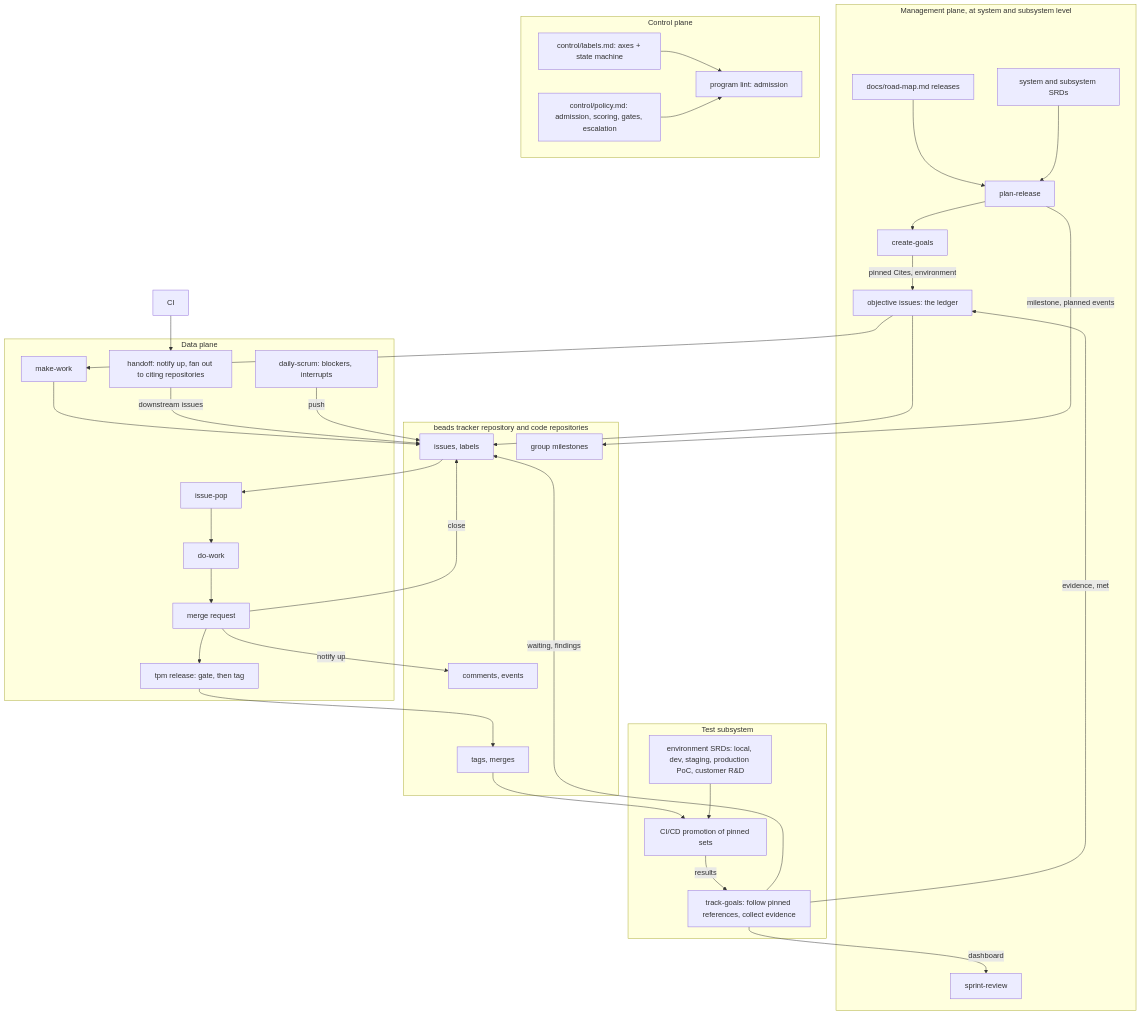
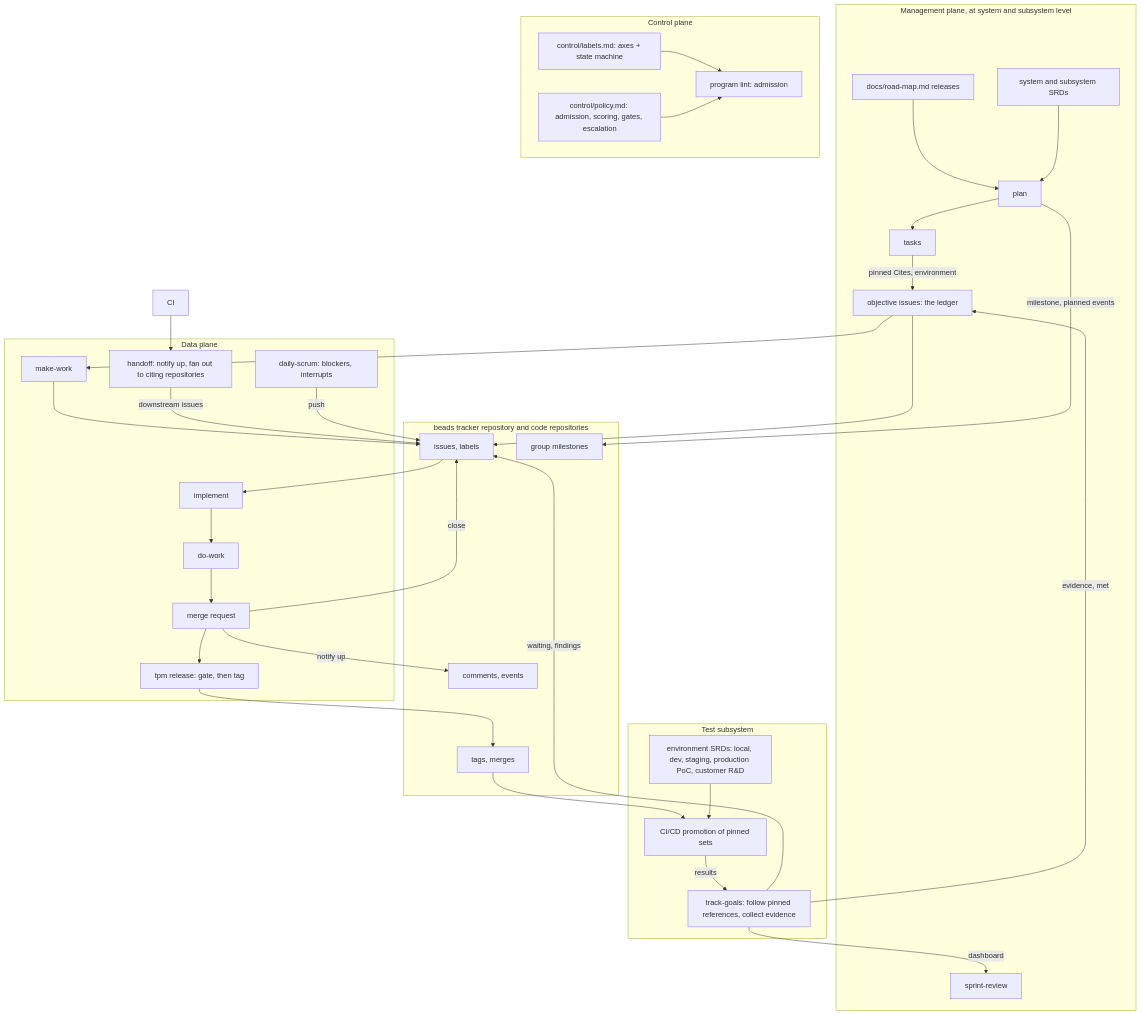
One commit to gray-lake-labs/declarative-agents changed the diagram in docs/ARCHITECTURE.md. Above: the diagram before and after it, drawn with Mermaid. The commit also changed other lines of this file and 55 other files, not shown here.

````diff
--- a/docs/ARCHITECTURE.md
+++ b/docs/ARCHITECTURE.md
@@ -69,63 +69,63 @@
 ```mermaid
 flowchart TB
   subgraph MGMT[Management plane, at system and subsystem level]
     ROADMAP[docs/road-map.md releases]
     SRDS[system and subsystem SRDs]
-    PLAN[plan-release]
-    GOALS[create-goals]
+    PLAN[plan]
+    GOALS[tasks]
     OBJ[objective issues: the ledger]
     REVIEW[sprint-review]
   end
 
   subgraph CTRL[Control plane]
     LABELS[control/labels.md: axes + state machine]
     POLICY[control/policy.md: admission, scoring, gates, escalation]
     LINT[program lint: admission]
   end
 
   subgraph DATA[Data plane]
     MAKE[make-work]
-    POP[issue-pop]
+    POP[implement]
     WORK[do-work]
     MR[merge request]
     RELEASE[tpm release: gate, then tag]
     HANDOFF[handoff: notify up, fan out to citing repositories]
     TODAY[daily-scrum: blockers, interrupts]
   end
 
   subgraph TEST[Test subsystem]
     ENVS[environment SRDs: local, dev, staging, production PoC, customer R&D]
     PROMOTE[CI/CD promotion of pinned sets]
     TRACK[track-goals: follow pinned references, collect evidence]
   end
 
   subgraph TRACKER[beads tracker repository and code repositories]
     ISSUES[issues, labels]
     MILESTONES[group milestones]
     COMMENTS[comments, events]
     TAGS[tags, merges]
   end
 
   ROADMAP --> PLAN
   SRDS --> PLAN
   PLAN -->|milestone, planned events| MILESTONES
   PLAN --> GOALS
   GOALS -->|pinned Cites, environment| OBJ
   OBJ --> ISSUES
   OBJ --> MAKE --> ISSUES
   LABELS --> LINT
   POLICY --> LINT
   ISSUES --> POP --> WORK --> MR
   MR -->|close| ISSUES
   MR -->|notify up| COMMENTS
   MR --> RELEASE --> TAGS
   CI --> HANDOFF
   HANDOFF -->|downstream issues| ISSUES
   TAGS --> PROMOTE
   ENVS --> PROMOTE
   PROMOTE -->|results| TRACK
   TRACK -->|evidence, met| OBJ
   TRACK -->|waiting, findings| ISSUES
   TRACK -->|dashboard| REVIEW
   TODAY -->|push| ISSUES
 ```
````
